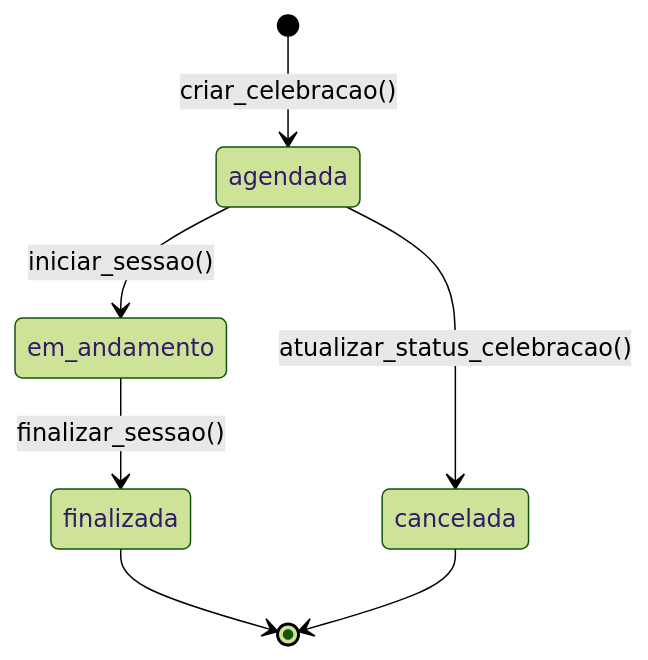
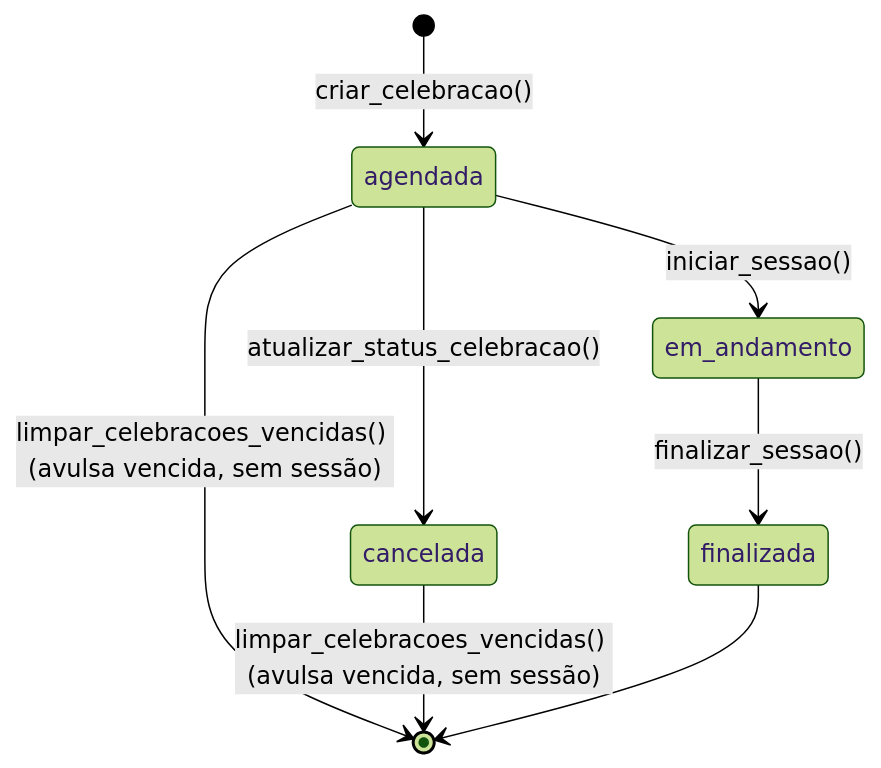
The third of 6 diagrams in backend/DOCUMENTACAO_BANCO.md (FelipeUemura11/EucharistCount-TCC), drawn with Mermaid (forest theme) before and after one commit. The commit also changed other lines of this file and 18 other files, not shown here.

````diff
--- a/backend/DOCUMENTACAO_BANCO.md
+++ b/backend/DOCUMENTACAO_BANCO.md
@@ -338,9 +340,10 @@
 ```mermaid
 stateDiagram-v2
     [*] --> agendada : criar_celebracao()
     agendada --> em_andamento : iniciar_sessao()
     em_andamento --> finalizada : finalizar_sessao()
     agendada --> cancelada : atualizar_status_celebracao()
+    agendada --> [*] : limpar_celebracoes_vencidas() (avulsa vencida, sem sessão)
+    cancelada --> [*] : limpar_celebracoes_vencidas() (avulsa vencida, sem sessão)
     finalizada --> [*]
-    cancelada --> [*]
 ```
````
